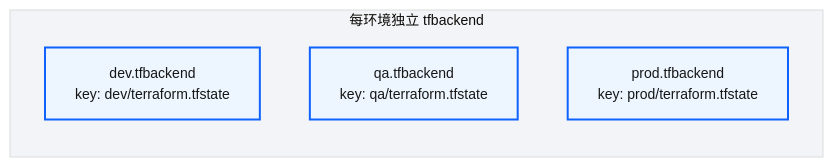
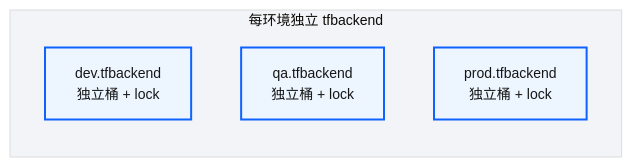
One commit to zhiweio/from-data-to-intelligence changed the fourth of 4 diagrams in docs/25-环境参数与tfvars模型.md. Above: the diagram before and after it, drawn with Mermaid. The commit also changed other lines of this file and 69 other files, not shown here.

````diff
--- a/docs/25-环境参数与tfvars模型.md
+++ b/docs/25-环境参数与tfvars模型.md
@@ -146,12 +138,12 @@
 ```mermaid
 %%{init: {'theme':'base','themeVariables':{'primaryColor':'#edf5ff','primaryTextColor':'#161616','primaryBorderColor':'#0f62fe','lineColor':'#697077','secondaryColor':'#d9fbfb','tertiaryColor':'#f2f4f8','fontSize':'14px'}}}%%
 flowchart LR
  subgraph tfbackend["每环境独立 tfbackend"]
- DEV_BE[dev.tfbackend<br/>key: dev/terraform.tfstate]
- QA_BE[qa.tfbackend<br/>key: qa/terraform.tfstate]
- PROD_BE[prod.tfbackend<br/>key: prod/terraform.tfstate]
+ DEV_BE[dev.tfbackend<br/>独立桶 + lock]
+ QA_BE[qa.tfbackend<br/>独立桶 + lock]
+ PROD_BE[prod.tfbackend<br/>独立桶 + lock]
  end
 classDef bpProcess fill:#edf5ff,stroke:#0f62fe,stroke-width:2px,color:#161616
 class DEV_BE,PROD_BE,QA_BE bpProcess
 linkStyle default stroke:#697077,stroke-width:2px
 ```
````
